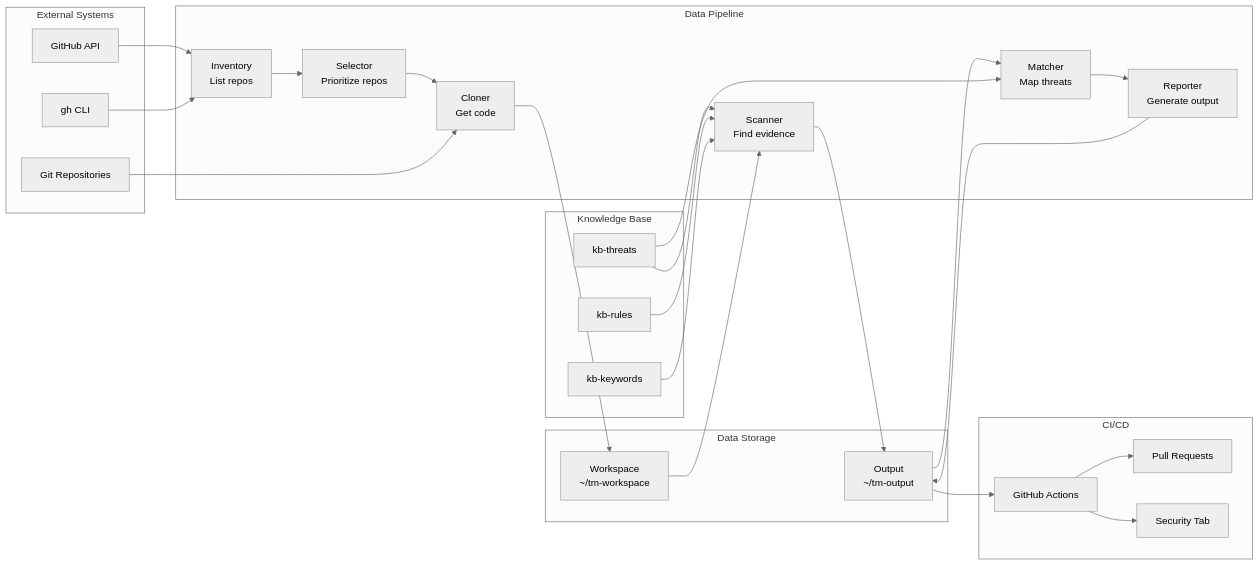
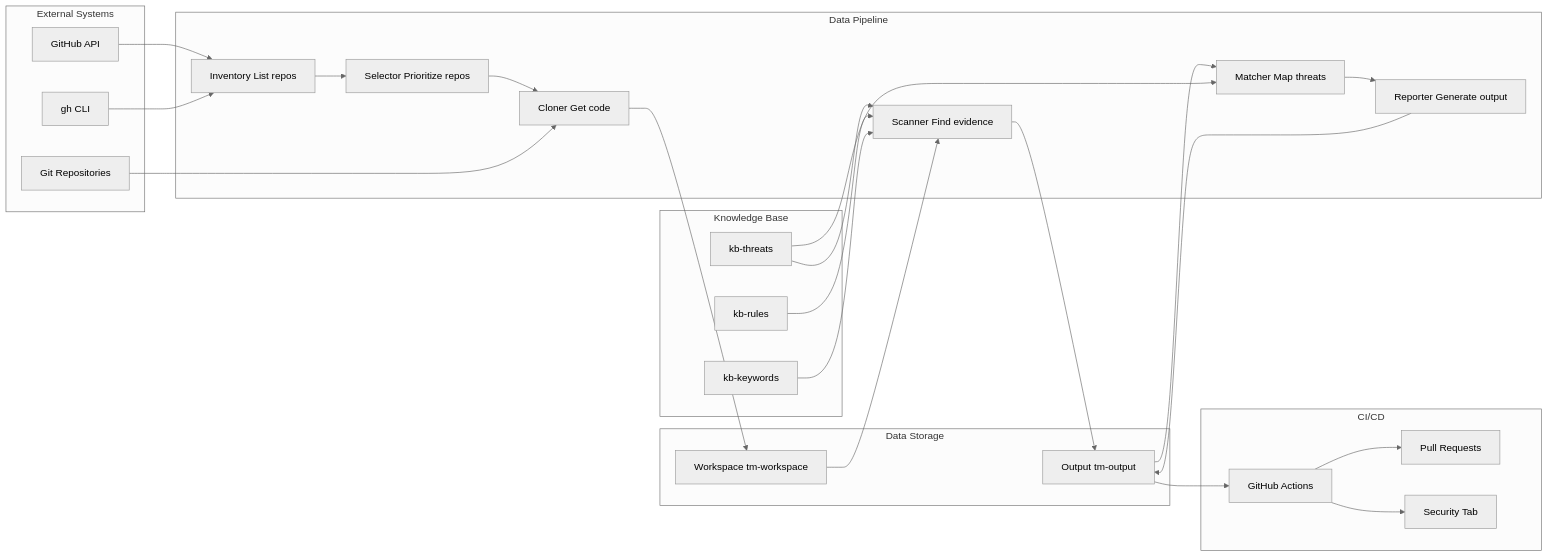
One commit to yantongggg/TM_o31 changed the eighth of 14 diagrams in README.md. Above: the diagram before and after it, drawn with Mermaid (neutral theme). The commit also changed other lines of this file, not shown here.

First line of the commit message:
fix: Resolve Mermaid diagram parse errors on GitHub

````diff
--- a/README.md
+++ b/README.md
@@ -455,59 +455,59 @@
 ```mermaid
 flowchart LR
     subgraph External["External Systems"]
         GH_API[GitHub API]
         GH_CLI[gh CLI]
         GIT[Git Repositories]
     end
 
     subgraph Knowledge["Knowledge Base"]
         KB1[kb-threats]
         KB2[kb-rules]
         KB3[kb-keywords]
     end
 
     subgraph Pipeline["Data Pipeline"]
-        Inv[Inventory<br/>List repos]
-        Sel[Selector<br/>Prioritize repos]
-        Cln[Cloner<br/>Get code]
-        Scn[Scanner<br/>Find evidence]
-        Mat[Matcher<br/>Map threats]
-        Rep[Reporter<br/>Generate output]
+        Inv[Inventory List repos]
+        Sel[Selector Prioritize repos]
+        Cln[Cloner Get code]
+        Scn[Scanner Find evidence]
+        Mat[Matcher Map threats]
+        Rep[Reporter Generate output]
     end
 
     subgraph Storage["Data Storage"]
-        WS[Workspace<br/>~/tm-workspace]
-        OUT[Output<br/>~/tm-output]
+        WS[Workspace tm-workspace]
+        OUT[Output tm-output]
     end
 
     subgraph CI["CI/CD"]
         GHA[GitHub Actions]
         PR[Pull Requests]
         SEC[Security Tab]
     end
 
     GH_API --> Inv
     GH_CLI --> Inv
     Inv --> Sel
     Sel --> Cln
     GIT --> Cln
 
     Cln --> WS
     WS --> Scn
 
     KB1 --> Scn
     KB2 --> Scn
     KB3 --> Scn
 
     Scn --> OUT
     OUT --> Mat
 
     KB1 --> Mat
     Mat --> Rep
 
     Rep --> OUT
 
     OUT --> GHA
     GHA --> PR
     GHA --> SEC
 ```
````
